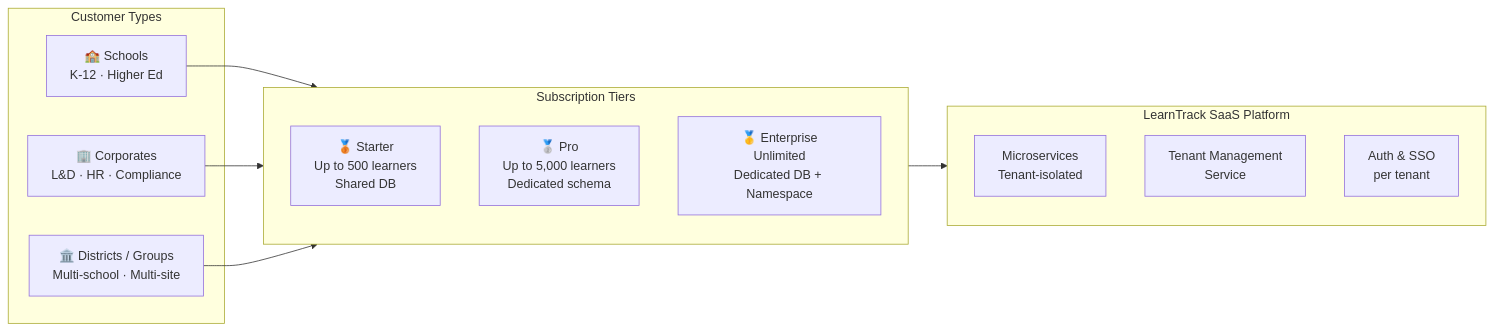
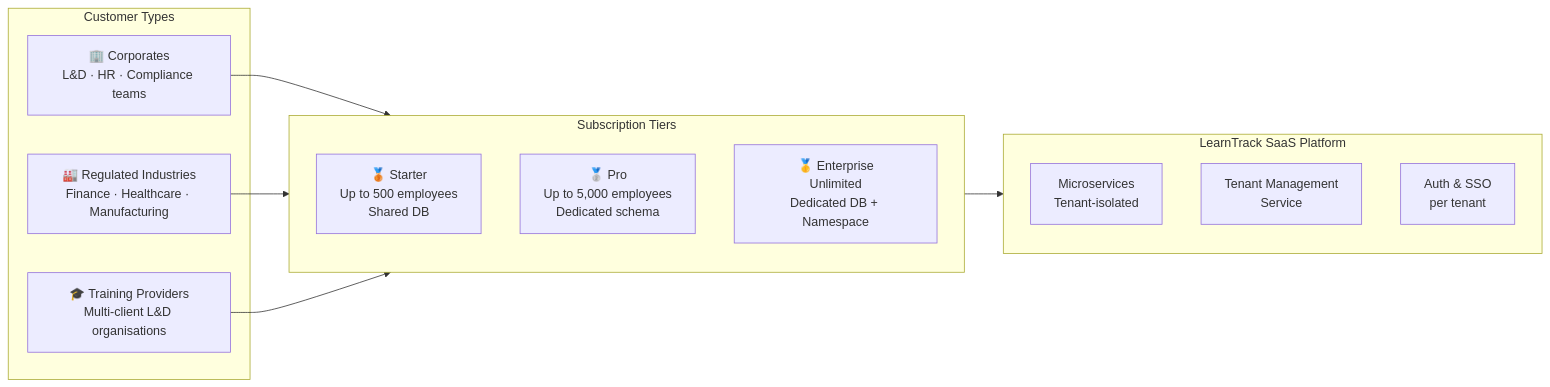
Before and after one commit to taarak18/propeller: the diagram in L-D/.sasva/overview/00-executive-summary.md, drawn with Mermaid. The commit also changed other lines of this file and 6 other files, not shown here.

````diff
--- a/L-D/.sasva/overview/00-executive-summary.md
+++ b/L-D/.sasva/overview/00-executive-summary.md
@@ -15,23 +15,23 @@
 ```mermaid
 graph LR
     subgraph Customers["Customer Types"]
-        S[🏫 Schools\nK-12 · Higher Ed]
-        C[🏢 Corporates\nL&D · HR · Compliance]
-        D[🏛️ Districts / Groups\nMulti-school · Multi-site]
+        C1[🏢 Corporates\nL&D · HR · Compliance teams]
+        C2[🏭 Regulated Industries\nFinance · Healthcare · Manufacturing]
+        C3[🎓 Training Providers\nMulti-client L&D organisations]
     end
 
     subgraph Plans["Subscription Tiers"]
-        ST[🥉 Starter\nUp to 500 learners\nShared DB]
-        PR[🥈 Pro\nUp to 5,000 learners\nDedicated schema]
+        ST[🥉 Starter\nUp to 500 employees\nShared DB]
+        PR[🥈 Pro\nUp to 5,000 employees\nDedicated schema]
         EN[🥇 Enterprise\nUnlimited\nDedicated DB + Namespace]
     end
 
     subgraph Platform["LearnTrack SaaS Platform"]
         MS[Microservices\nTenant-isolated]
         TMS[Tenant Management\nService]
         AUTH[Auth & SSO\nper tenant]
     end
 
-    S & C & D --> Plans
+    C1 & C2 & C3 --> Plans
     Plans --> Platform
 ```
````
